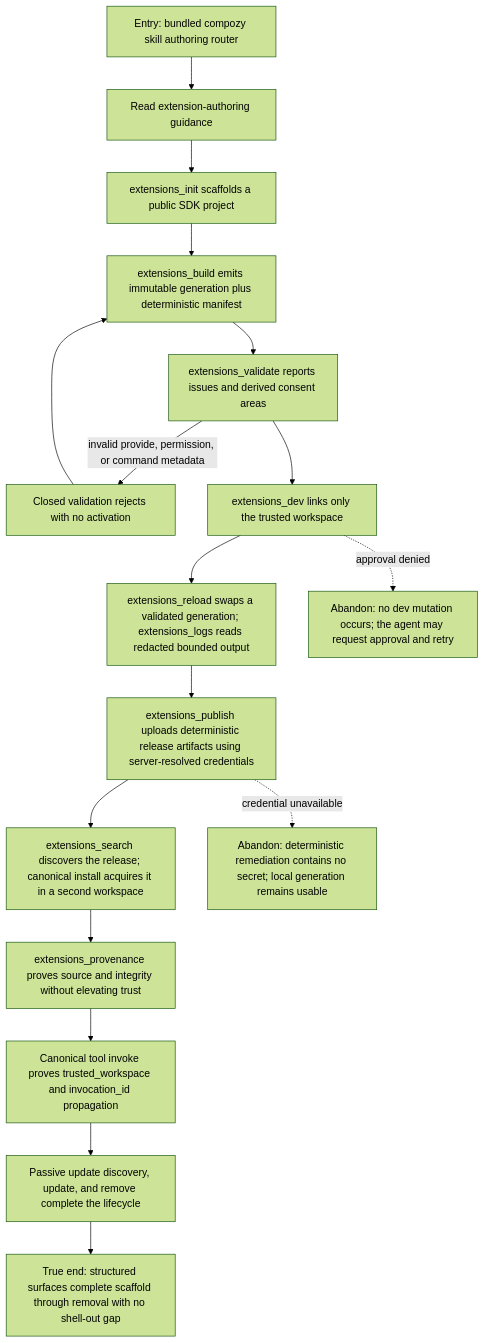
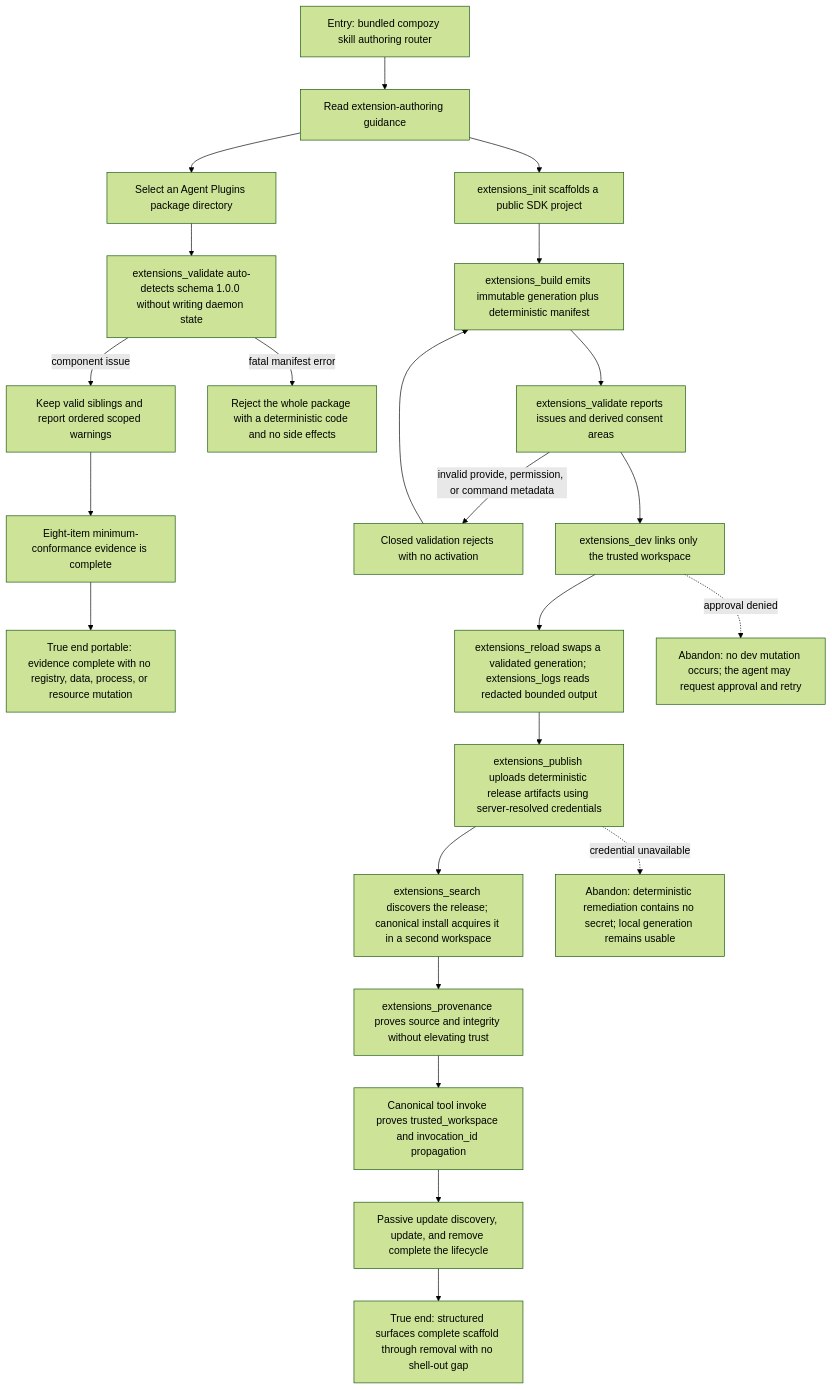
Before and after one commit to compozy/compozy: the diagram in docs/qa/journeys/J-extension-agent-authoring.md, drawn with Mermaid (forest theme). The commit also changed other lines of this file and 21 other files, not shown here.

````diff
--- a/docs/qa/journeys/J-extension-agent-authoring.md
+++ b/docs/qa/journeys/J-extension-agent-authoring.md
@@ -7,19 +7,25 @@
 ```mermaid
 flowchart TD
   A[Entry: bundled compozy skill authoring router] --> B[Read extension-authoring guidance]
   B --> C[extensions_init scaffolds a public SDK project]
   C --> D[extensions_build emits immutable generation plus deterministic manifest]
   D --> E[extensions_validate reports issues and derived consent areas]
+  B --> P[Select an Agent Plugins package directory]
+  P --> P1[extensions_validate auto-detects schema 1.0.0 without writing daemon state]
+  P1 -->|fatal manifest error| P2[Reject the whole package with a deterministic code and no side effects]
+  P1 -->|component issue| P3[Keep valid siblings and report ordered scoped warnings]
+  P3 --> P4[Eight-item minimum-conformance evidence is complete]
+  P4 --> ZP[True end portable: evidence complete with no registry, data, process, or resource mutation]
   E -->|invalid provide, permission, or command metadata| E1[Closed validation rejects with no activation]
   E1 --> D
   E --> F[extensions_dev links only the trusted workspace]
   F --> G[extensions_reload swaps a validated generation; extensions_logs reads redacted bounded output]
   G --> H[extensions_publish uploads deterministic release artifacts using server-resolved credentials]
   H --> I[extensions_search discovers the release; canonical install acquires it in a second workspace]
   I --> J[extensions_provenance proves source and integrity without elevating trust]
   J --> K[Canonical tool invoke proves trusted_workspace and invocation_id propagation]
   K --> L[Passive update discovery, update, and remove complete the lifecycle]
   F -.->|approval denied| X1[Abandon: no dev mutation occurs; the agent may request approval and retry]
   H -.->|credential unavailable| X2[Abandon: deterministic remediation contains no secret; local generation remains usable]
   L --> Z[True end: structured surfaces complete scaffold through removal with no shell-out gap]
 ```
````
